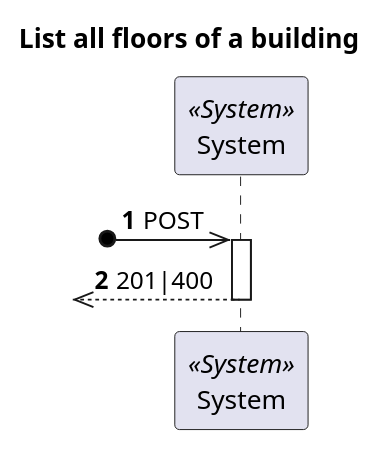
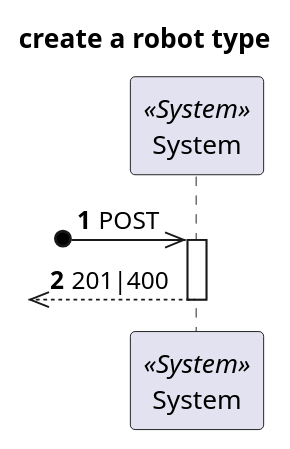
One commit to 1210910/lapr5 changed the diagram in docs/Vista Processo/US350/ProcessView_Level1_US350.puml. Above: the diagram before and after it, drawn with PlantUML. The commit also changed 66 other files, not shown here.

```diff
--- a/docs/Vista Processo/US350/ProcessView_Level1_US350.puml
+++ b/docs/Vista Processo/US350/ProcessView_Level1_US350.puml
@@ -1,18 +1,18 @@
 @startuml
 'https://plantuml.com/sequence-diagram
 
 autonumber
 skinparam packageStyle rect
 
-title List all floors of a building
+title create a robot type
 
 participant "System" as Sys <<System>>
 
 ?o->> Sys : POST
 
 activate Sys
 ?o<<-- Sys : 201|400
 deactivate Sys
 
 
 @enduml
```
